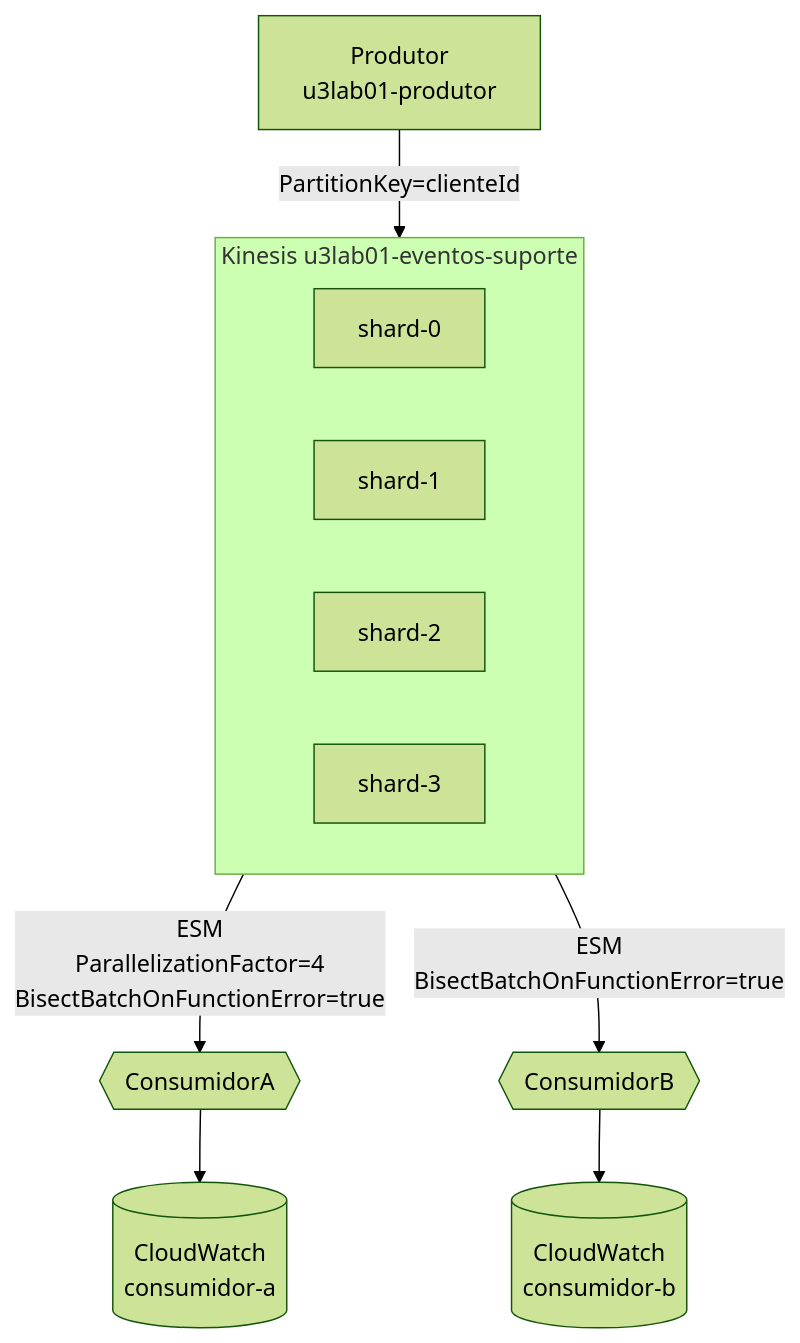
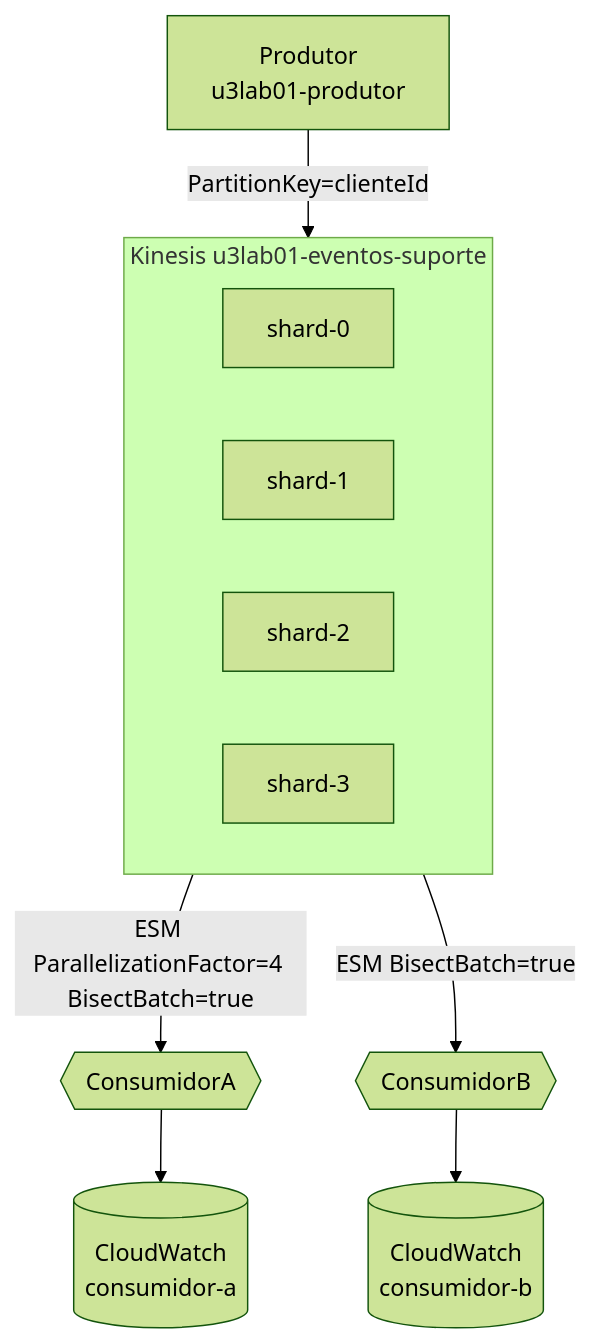
One commit to aulas-marco/arquitetura-serverless-eventdriven changed the third of 5 diagrams in docs/unidade-3/03-arquitetura/arquitetura.md. Above: the diagram before and after it, drawn with Mermaid (forest theme). The commit also changed 10 other files, not shown here.

First line of the commit message:
Corrige erros de parse nos diagramas Mermaid da documentação

````diff
--- a/docs/unidade-3/03-arquitetura/arquitetura.md
+++ b/docs/unidade-3/03-arquitetura/arquitetura.md
@@ -44,17 +44,17 @@
 ```mermaid
 flowchart TB
     P[Produtor\nu3lab01-produtor] -->|PartitionKey=clienteId| K
 
     subgraph K [Kinesis u3lab01-eventos-suporte]
         S0[shard-0]
         S1[shard-1]
         S2[shard-2]
         S3[shard-3]
     end
 
-    K -->|ESM\nParallelizationFactor=4\nBisectBatchOnFunctionError=true| A{{ConsumidorA}}
-    K -->|ESM\nBisectBatchOnFunctionError=true| B{{ConsumidorB}}
+    K -->|ESM ParallelizationFactor=4 BisectBatch=true| A{{ConsumidorA}}
+    K -->|ESM BisectBatch=true| B{{ConsumidorB}}
 
     A --> CWA[(CloudWatch\nconsumidor-a)]
     B --> CWB[(CloudWatch\nconsumidor-b)]
 ```
````
